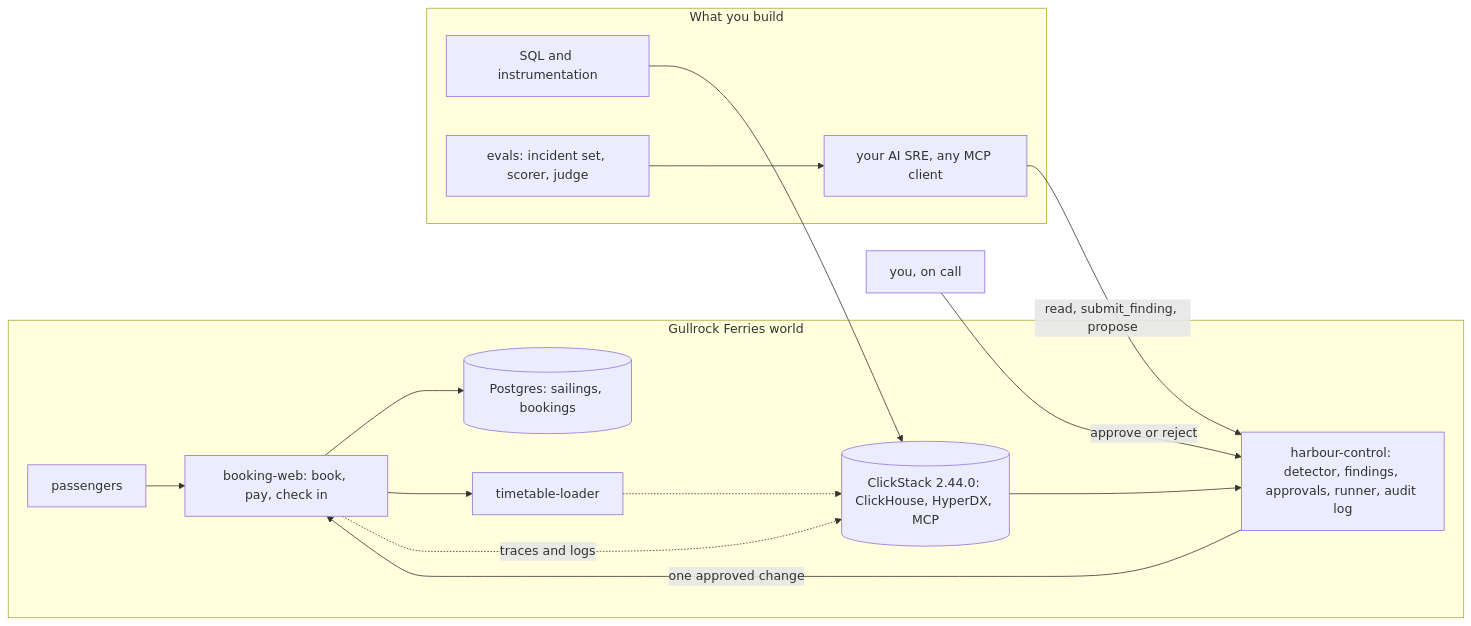
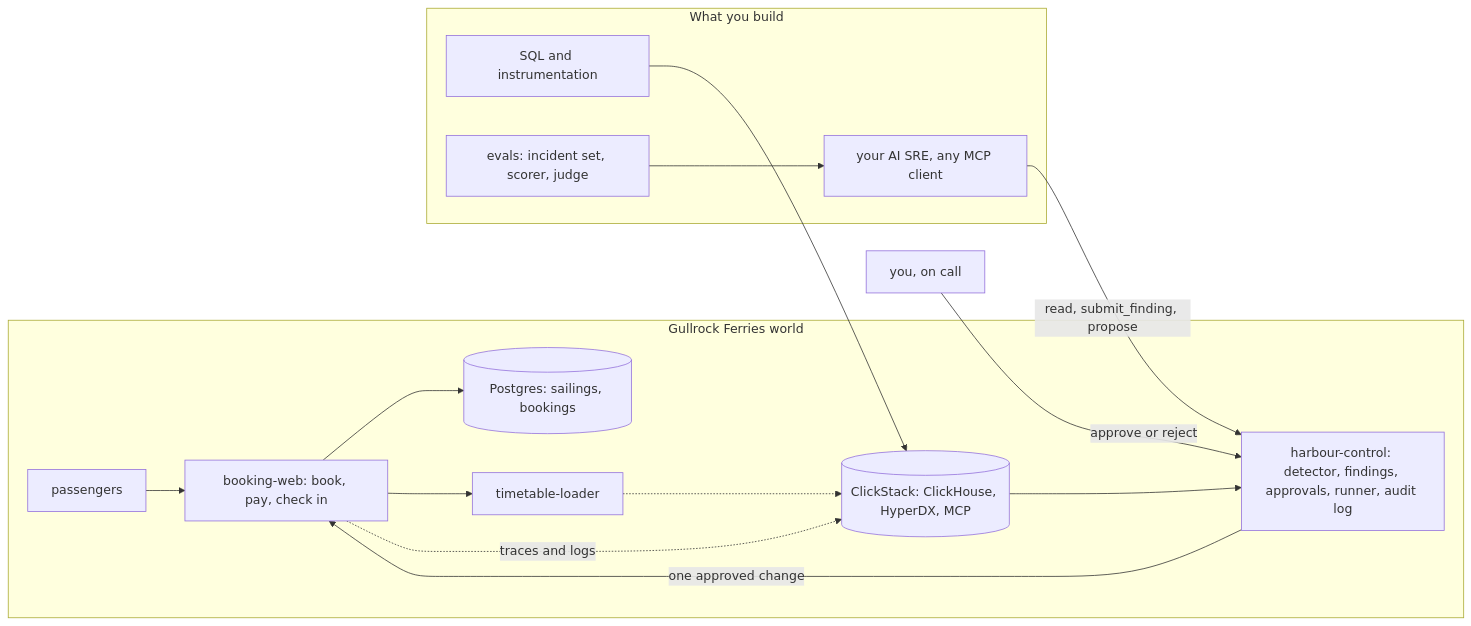
One commit to learnwithparam/ai-sre changed the diagram in README.md. Above: the diagram before and after it, drawn with Mermaid. The commit also changed other lines of this file and 180 other files, not shown here.

````diff
--- a/README.md
+++ b/README.md
@@ -77,18 +77,18 @@
 ```mermaid
 flowchart LR
   subgraph World[Gullrock Ferries world]
     PX[passengers] --> BW[booking-web: book, pay, check in]
     BW --> PG[(Postgres: sailings, bookings)]
     BW --> TL[timetable-loader]
-    BW -.->|traces and logs| CS[(ClickStack 2.44.0: ClickHouse, HyperDX, MCP)]
+    BW -.->|traces and logs| CS[(ClickStack: ClickHouse, HyperDX, MCP)]
     TL -.-> CS
     CS --> HC[harbour-control: detector, findings, approvals, runner, audit log]
   end
   subgraph You[What you build]
     SQL[SQL and instrumentation] --> CS
     AI[your AI SRE, any MCP client] -->|read, submit_finding, propose| HC
     EV[evals: incident set, scorer, judge] --> AI
   end
   HU[you, on call] -->|approve or reject| HC
   HC -->|one approved change| BW
 ```
````
